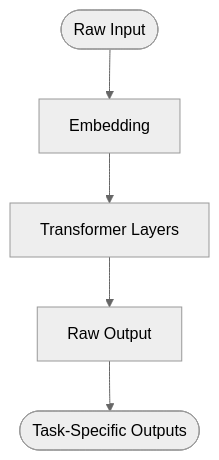
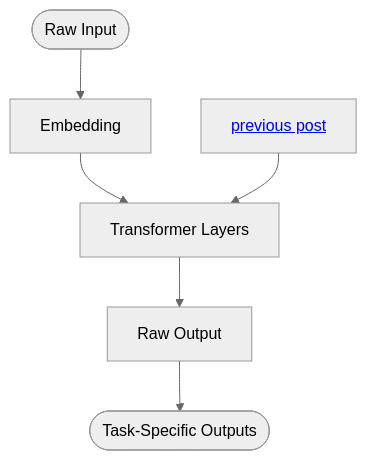
One commit to Yiheng-Yu/personal-website changed the diagram in content/posts/transformers-pt-2/index.md. Above: the diagram before and after it, drawn with Mermaid (neutral theme). The commit also changed other lines of this file and 27 other files, not shown here.

```diff
--- a/content/posts/transformers-pt-2/index.md
+++ b/content/posts/transformers-pt-2/index.md
@@ -115,7 +26,9 @@
 {{< mermaid config="theme:mc">}}
 flowchart TB
     n1(["Raw Input"]) --> n2["Embedding"]
     n2 --> n3["Transformer Layers"]
     n3 --> n4["Raw Output"]
     n4 --> n5(["Task-Specific Outputs"])
+
+    l1[<a href='https://yuyiheng.cc/posts/transformers-pt-1'> previous post</a>] --> n3
 {{< /mermaid >}}
```
